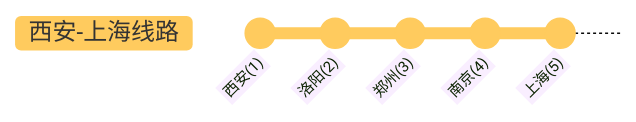
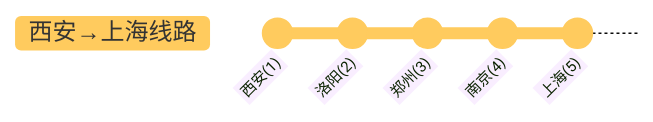
The first of 11 diagrams in thinking-in-tech/12306-seat-allocating-algorithm.md (light0x00/light0x00), drawn with Mermaid before and after one commit. The commit also changed 20 other files, not shown here.

````diff
--- a/thinking-in-tech/12306-seat-allocating-algorithm.md
+++ b/thinking-in-tech/12306-seat-allocating-algorithm.md
@@ -11,10 +11,10 @@
 ```mermaid
-%%{init: {  'theme': 'base', 'gitGraph': {'mainBranchName': '西安-上海线路'}} }%%
+%%{init: {  'theme': 'base', 'gitGraph': {'mainBranchName': '西安→上海线路'}} }%%
 
 gitGraph LR:
 commit id: "西安(1)"
 commit id: "洛阳(2)"
 commit id: "郑州(3)"
 commit id: "南京(4)"
 commit id: "上海(5)"
 ```
````
